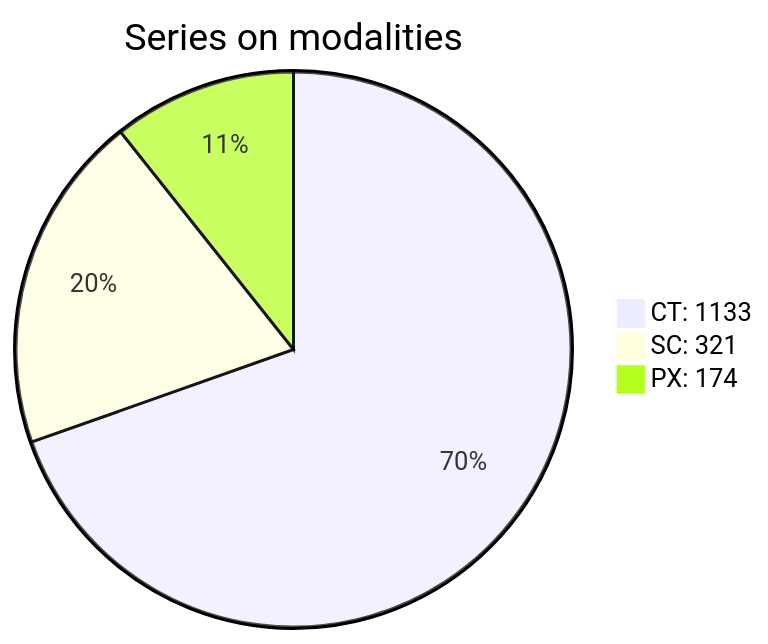
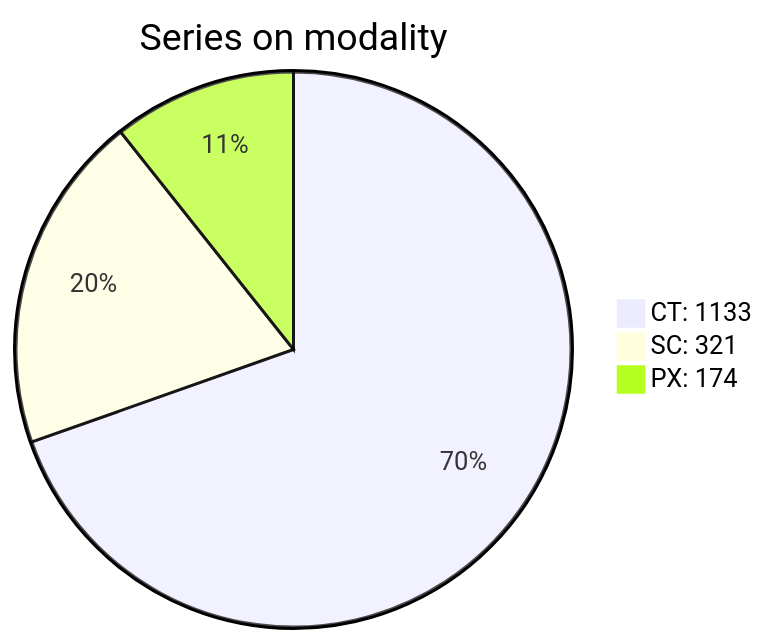
Before and after one commit to doidio/nonapx: the second of 2 diagrams in a2_pair_ct_px.md, drawn with Mermaid. The commit also changed 6 other files, not shown here.

````diff
--- a/a2_pair_ct_px.md
+++ b/a2_pair_ct_px.md
@@ -10,6 +10,6 @@
 ```mermaid
-pie title Series on modalities
+pie title Series on modality
     "CT: 1133" : 1133
     "SC: 321" : 321
     "PX: 174" : 174
 ```
````
